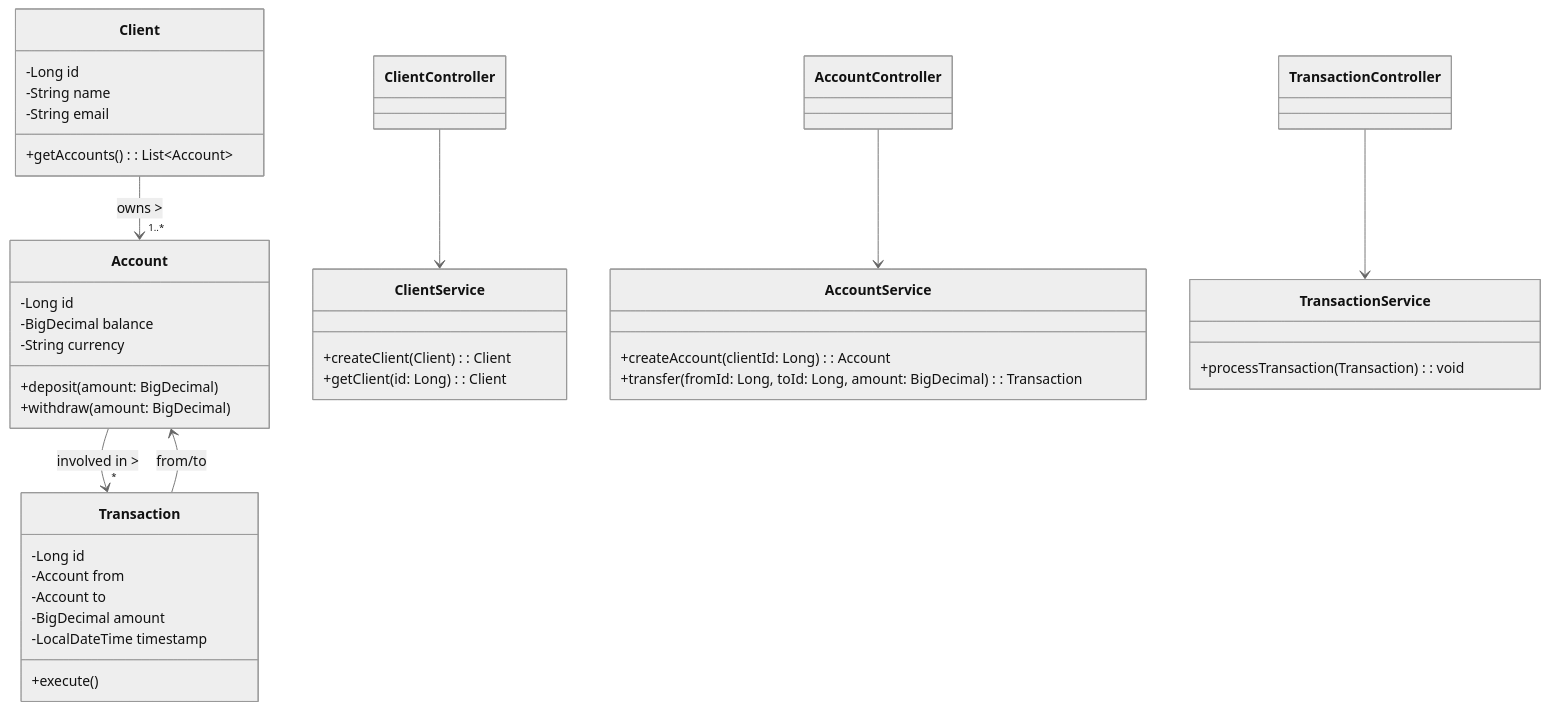
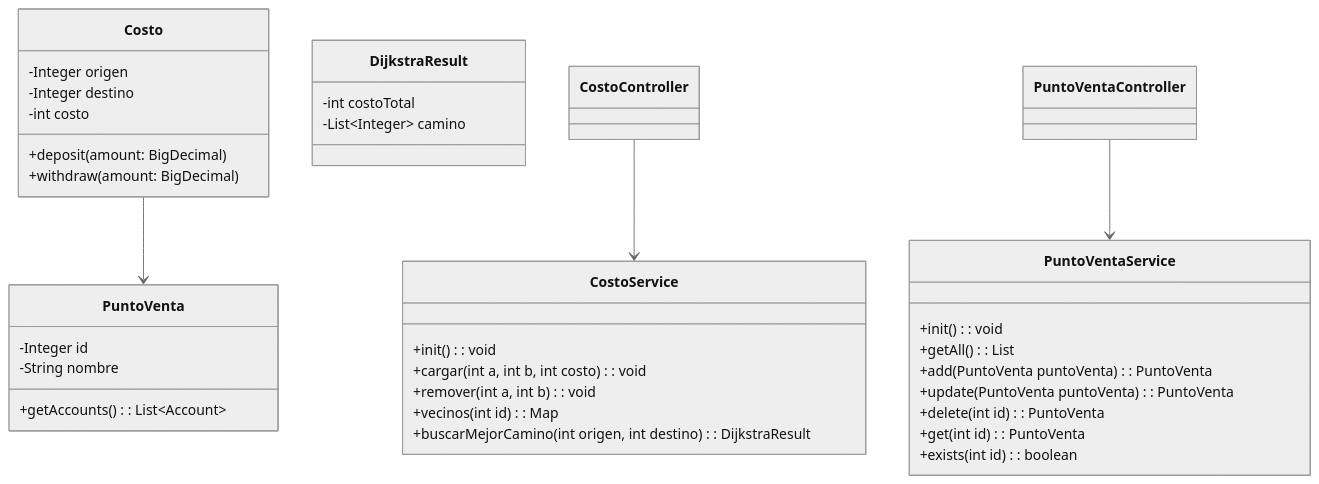
The diagram in docs/diagramas/class-diagram.mmd (FerFormento/challenge), drawn with Mermaid (neutral theme) before and after one commit. The commit also changed 1 other file, not shown here.

```diff
--- a/docs/diagramas/class-diagram.mmd
+++ b/docs/diagramas/class-diagram.mmd
@@ -1,54 +1,49 @@
 classDiagram
     %% Entidades principales
-    class Client {
-        -Long id
-        -String name
-        -String email
+    class PuntoVenta {
+        -Integer id
+        -String nombre
         +getAccounts(): List~Account~
     }
 
-    class Account {
-        -Long id
-        -BigDecimal balance
-        -String currency
+    class Costo {
+        -Integer origen
+        -Integer destino
+        -int costo
         +deposit(amount: BigDecimal)
         +withdraw(amount: BigDecimal)
     }
 
-    class Transaction {
-        -Long id
-        -Account from
-        -Account to
-        -BigDecimal amount
-        -LocalDateTime timestamp
-        +execute()
+    class DijkstraResult {
+        -int costoTotal
+        -List~Integer~ camino
     }
 
     %% Servicios
-    class ClientService {
-        +createClient(Client): Client
-        +getClient(id: Long): Client
+    class CostoService {
+        +init(): void
+		+cargar(int a, int b, int costo): void
+		+remover(int a, int b): void
+		+vecinos(int id): Map<Integer, Integer>
+		+buscarMejorCamino(int origen, int destino): DijkstraResult
     }
 
-    class AccountService {
-        +createAccount(clientId: Long): Account
-        +transfer(fromId: Long, toId: Long, amount: BigDecimal): Transaction
-    }
-
-    class TransactionService {
-        +processTransaction(Transaction): void
+    class PuntoVentaService {
+        +init(): void
+		+getAll(): List<PuntoVenta>
+		+add(PuntoVenta puntoVenta): PuntoVenta
+		+update(PuntoVenta puntoVenta): PuntoVenta
+		+delete(int id): PuntoVenta
+		+get(int id): PuntoVenta
+		+exists(int id): boolean
     }
 
     %% Controladores
-    class ClientController
-    class AccountController
-    class TransactionController
+    class CostoController
+    class PuntoVentaController
 
     %% Relaciones
-    Client --> "1..*" Account : owns >
-    Account --> "*" Transaction : involved in >
-    Transaction --> Account : from/to
+    Costo --> PuntoVenta
 
-    ClientController --> ClientService
-    AccountController --> AccountService
-    TransactionController --> TransactionService
+    CostoController --> CostoService
+    PuntoVentaController --> PuntoVentaService
```
